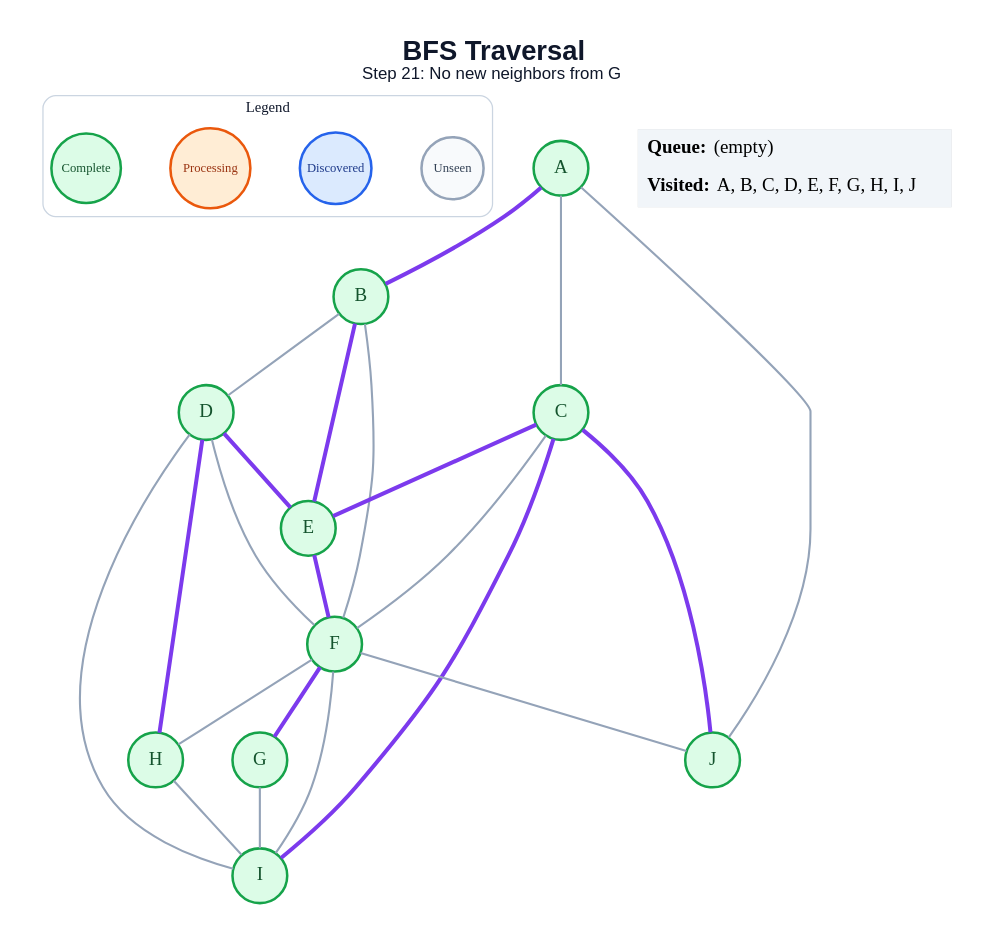
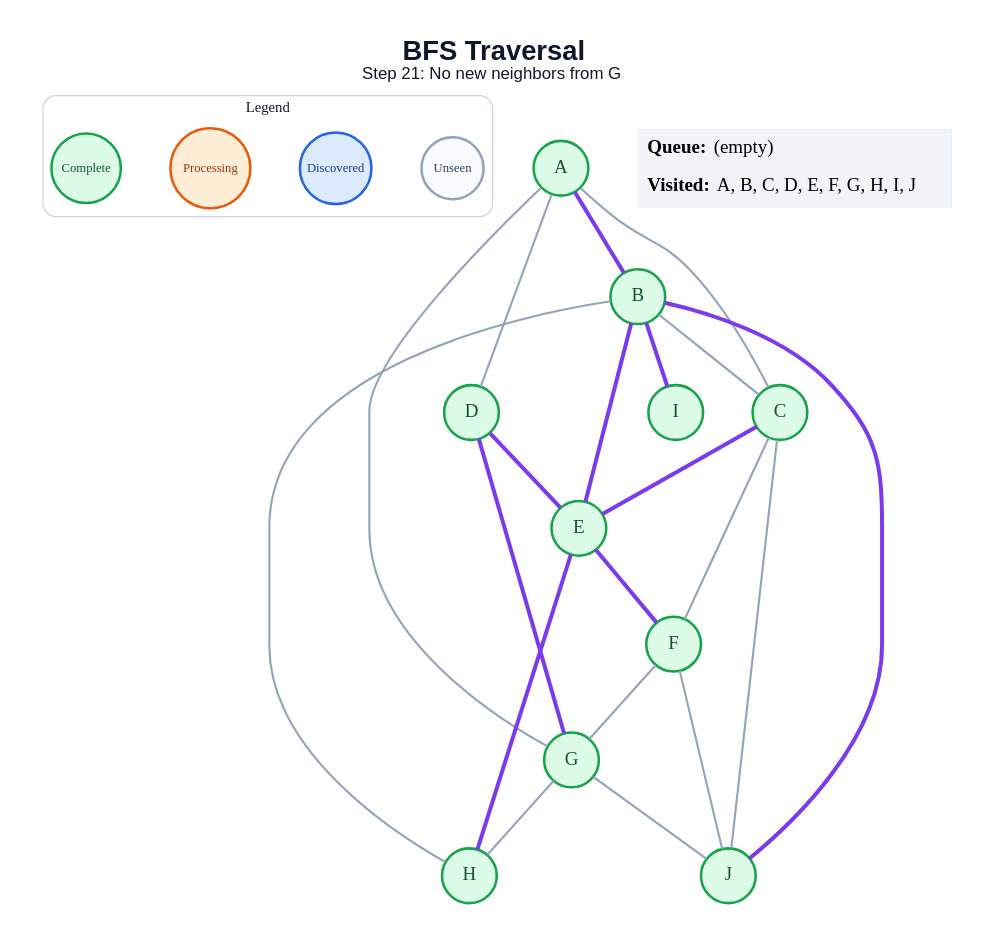
Before and after one commit to amanghodawala9/ai-slop: the diagram in generated/specific-node/bfs/step_21.dot, drawn with Graphviz. The commit also changed 178 other files, not shown here.

```diff
--- a/generated/specific-node/bfs/step_21.dot
+++ b/generated/specific-node/bfs/step_21.dot
@@ -1,50 +1,49 @@
 graph traversal {
   graph [layout=dot, rankdir=TB, bgcolor="#FFFFFF", pad="0.35", nodesep="0.65", ranksep="0.8", fontname="Arial"];
   node [shape=circle, style="filled", fontname="Arial Bold", fontsize=18, width=0.72, fixedsize=true, penwidth=2.4];
   edge [color="#94A3B8", penwidth=2.0];
   label=<<B>BFS Traversal</B><BR/><FONT POINT-SIZE="16">Step 21: No new neighbors from G</FONT>>; labelloc="t"; fontsize=26; fontname="Arial"; fontcolor="#0F172A";
   subgraph cluster_legend { label="Legend"; color="#CBD5E1"; penwidth=1.2; style="rounded"; fontsize=14; fontname="Arial Bold";
     key_unseen [label="Unseen", fillcolor="#F8FAFC", color="#94A3B8", fontcolor="#334155", fontsize=12, width=0.82];
     key_frontier [label="Discovered", fillcolor="#DBEAFE", color="#2563EB", fontcolor="#1E3A8A", fontsize=12, width=0.95];
     key_current [label="Processing", fillcolor="#FFEDD5", color="#EA580C", fontcolor="#9A3412", fontsize=12, width=1.05];
     key_done [label="Complete", fillcolor="#DCFCE7", color="#16A34A", fontcolor="#14532D", fontsize=12, width=0.92];
     { rank=same; key_unseen; key_frontier; key_current; key_done; }
   }
   A [fillcolor="#DCFCE7", color="#16A34A", fontcolor="#14532D"];
   B [fillcolor="#DCFCE7", color="#16A34A", fontcolor="#14532D"];
   C [fillcolor="#DCFCE7", color="#16A34A", fontcolor="#14532D"];
   D [fillcolor="#DCFCE7", color="#16A34A", fontcolor="#14532D"];
   E [fillcolor="#DCFCE7", color="#16A34A", fontcolor="#14532D"];
   F [fillcolor="#DCFCE7", color="#16A34A", fontcolor="#14532D"];
   G [fillcolor="#DCFCE7", color="#16A34A", fontcolor="#14532D"];
   H [fillcolor="#DCFCE7", color="#16A34A", fontcolor="#14532D"];
   I [fillcolor="#DCFCE7", color="#16A34A", fontcolor="#14532D"];
   J [fillcolor="#DCFCE7", color="#16A34A", fontcolor="#14532D"];
   A -- B [color="#7C3AED", penwidth=3.8];
   A -- C;
-  A -- J;
-  B -- D;
+  A -- D;
+  A -- G;
+  B -- C;
   B -- E [color="#7C3AED", penwidth=3.8];
-  B -- F;
+  B -- H;
+  B -- I [color="#7C3AED", penwidth=3.8];
+  B -- J [color="#7C3AED", penwidth=3.8];
   C -- E [color="#7C3AED", penwidth=3.8];
   C -- F;
-  C -- I [color="#7C3AED", penwidth=3.8];
-  C -- J [color="#7C3AED", penwidth=3.8];
+  C -- J;
   D -- E [color="#7C3AED", penwidth=3.8];
-  D -- F;
-  D -- H [color="#7C3AED", penwidth=3.8];
-  D -- I;
+  D -- G [color="#7C3AED", penwidth=3.8];
   E -- F [color="#7C3AED", penwidth=3.8];
-  F -- G [color="#7C3AED", penwidth=3.8];
-  F -- H;
-  F -- I;
+  E -- H [color="#7C3AED", penwidth=3.8];
+  F -- G;
   F -- J;
-  G -- I;
-  H -- I;
+  G -- H;
+  G -- J;
   status [shape=plain, fixedsize=false, width=0, height=0, margin=0, label=<
     <TABLE BORDER="0" CELLBORDER="0" CELLPADDING="7" BGCOLOR="#F1F5F9">
       <TR><TD ALIGN="LEFT"><B>Queue:</B> (empty)</TD></TR>
       <TR><TD ALIGN="LEFT"><B>Visited:</B> A, B, C, D, E, F, G, H, I, J</TD></TR>
     </TABLE>
   >];
 }
```
